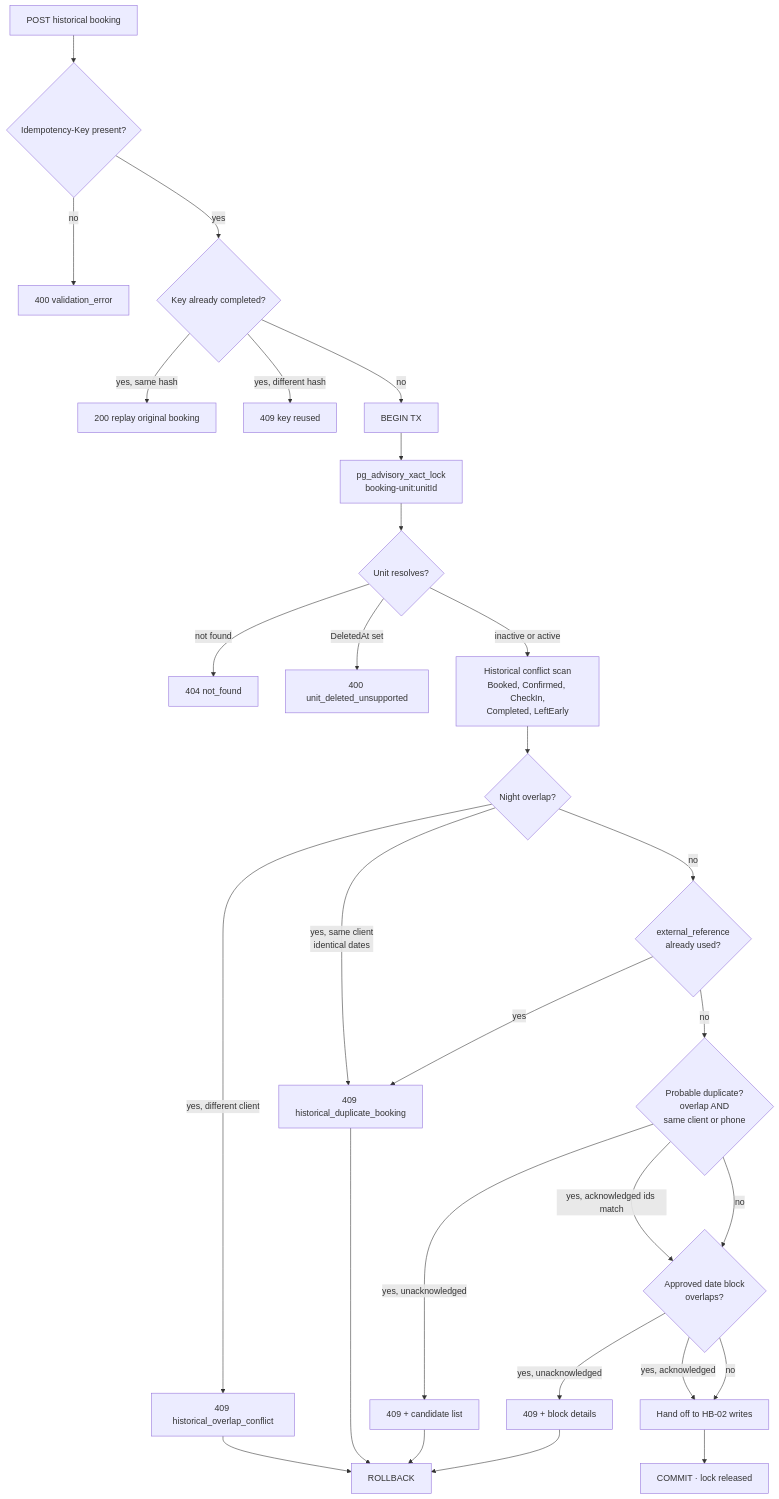
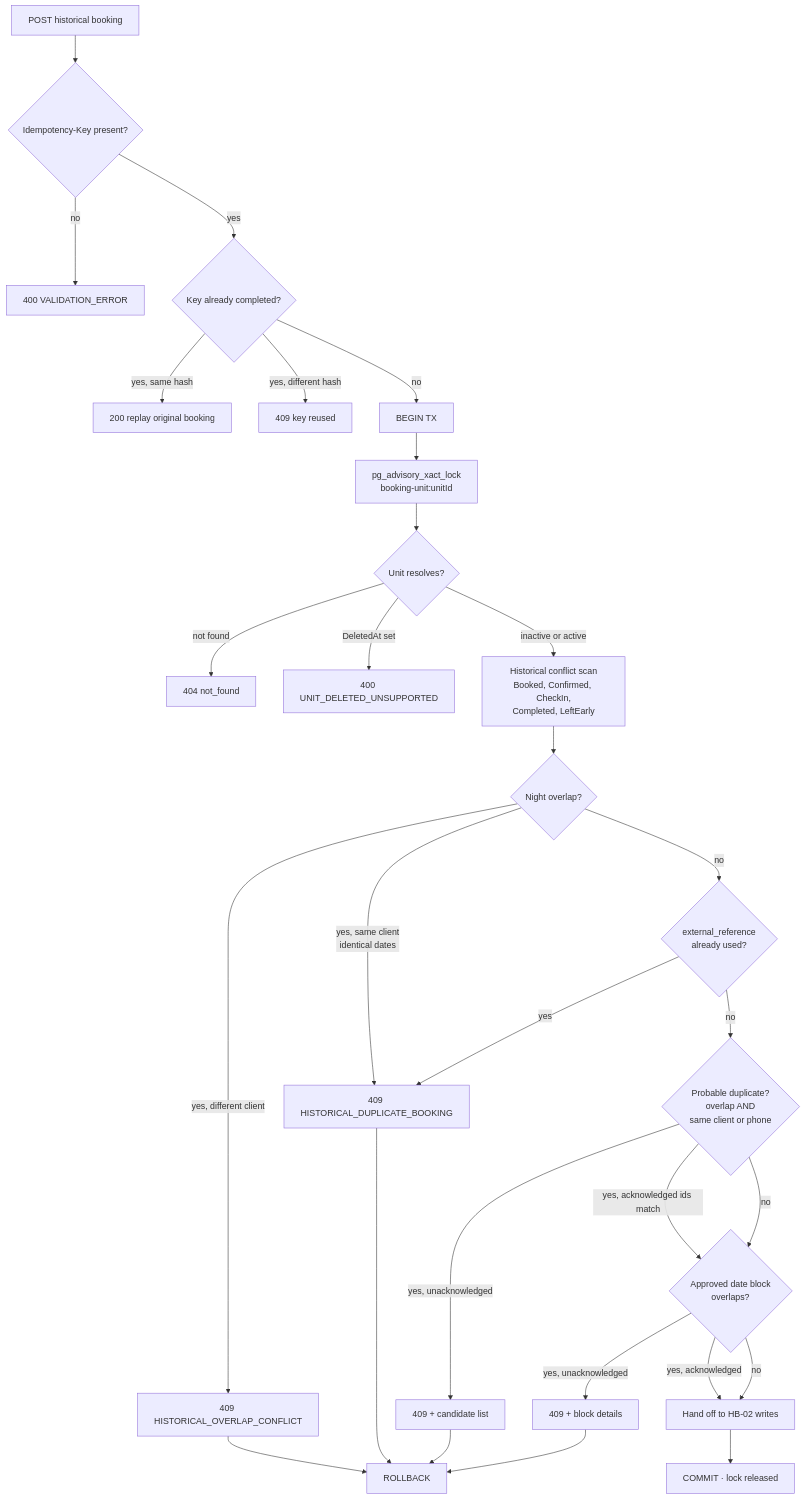
Before and after one commit to HozaifaAlmelli/REMAL: the first of 2 diagrams in docs/plans/historical-bookings/03_TICKET_AVAILABILITY_CONFLICTS_AND_DUPLICATE_PROTECTION.md, drawn with Mermaid. The commit also changed other lines of this file and 11 other files, not shown here.

````diff
--- a/docs/plans/historical-bookings/03_TICKET_AVAILABILITY_CONFLICTS_AND_DUPLICATE_PROTECTION.md
+++ b/docs/plans/historical-bookings/03_TICKET_AVAILABILITY_CONFLICTS_AND_DUPLICATE_PROTECTION.md
@@ -566,31 +570,31 @@
 ```mermaid
 flowchart TD
     A[POST historical booking] --> B{Idempotency-Key present?}
-    B -->|no| E1[400 validation_error]
+    B -->|no| E1[400 VALIDATION_ERROR]
     B -->|yes| C{Key already completed?}
     C -->|yes, same hash| R1[200 replay original booking]
     C -->|yes, different hash| E2[409 key reused]
     C -->|no| D[BEGIN TX]
     D --> L[pg_advisory_xact_lock<br/>booking-unit:unitId]
     L --> U{Unit resolves?}
     U -->|not found| E3[404 not_found]
-    U -->|DeletedAt set| E4[400 unit_deleted_unsupported]
+    U -->|DeletedAt set| E4[400 UNIT_DELETED_UNSUPPORTED]
     U -->|inactive or active| X[Historical conflict scan<br/>Booked, Confirmed, CheckIn,<br/>Completed, LeftEarly]
     X --> X1{Night overlap?}
-    X1 -->|yes, different client| E5[409 historical_overlap_conflict]
-    X1 -->|yes, same client<br/>identical dates| E6[409 historical_duplicate_booking]
+    X1 -->|yes, different client| E5[409 HISTORICAL_OVERLAP_CONFLICT]
+    X1 -->|yes, same client<br/>identical dates| E6[409 HISTORICAL_DUPLICATE_BOOKING]
     X1 -->|no| EX{external_reference<br/>already used?}
     EX -->|yes| E6
     EX -->|no| P{Probable duplicate?<br/>overlap AND<br/>same client or phone}
     P -->|yes, unacknowledged| E7[409 + candidate list]
     P -->|yes, acknowledged ids match| Q
     P -->|no| Q{Approved date block<br/>overlaps?}
     Q -->|yes, unacknowledged| E8[409 + block details]
     Q -->|yes, acknowledged| W
     Q -->|no| W[Hand off to HB-02 writes]
     W --> Z[COMMIT · lock released]
     E5 --> RB[ROLLBACK]
     E6 --> RB
     E7 --> RB
     E8 --> RB
 ```
````
